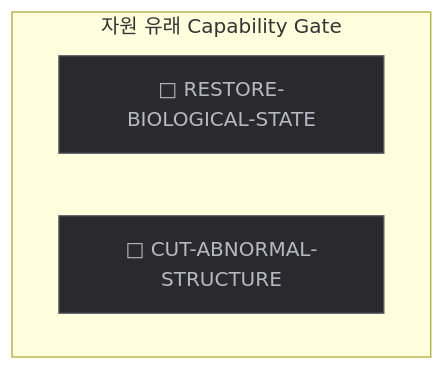
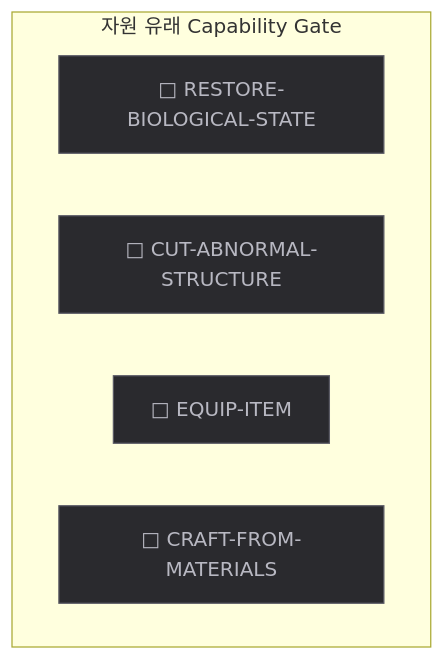
The fifth of 10 diagrams in HktAdvProtoH/content/proto-adventure/master/graph/GRAPH.md (dkwkekzz/HktFramework), drawn with Mermaid before and after one commit. The commit also changed other lines of this file and 12 other files, not shown here.

````diff
--- a/HktAdvProtoH/content/proto-adventure/master/graph/GRAPH.md
+++ b/HktAdvProtoH/content/proto-adventure/master/graph/GRAPH.md
@@ -274,15 +274,17 @@
 ```mermaid
 flowchart TB
   subgraph SEGBASE ["자원 유래 Capability Gate"]
     N0["□ RESTORE-BIOLOGICAL-STATE"]
     N1["□ CUT-ABNORMAL-STRUCTURE"]
+    N2["□ EQUIP-ITEM"]
+    N3["□ CRAFT-FROM-MATERIALS"]
   end
 
   classDef impl fill:#16351f,stroke:#3f8a52,color:#d8f2df;
   classDef part fill:#3a3315,stroke:#9a8a2e,color:#f2ecd0;
   classDef miss fill:#2a2a2e,stroke:#5c5c66,color:#b8b8c2;
   classDef implS fill:#16351f,stroke:#3f8a52,color:#d8f2df,stroke-dasharray:5 4;
   classDef partS fill:#3a3315,stroke:#9a8a2e,color:#f2ecd0,stroke-dasharray:5 4;
   classDef missS fill:#2a2a2e,stroke:#5c5c66,color:#b8b8c2,stroke-dasharray:5 4;
-  class N0,N1 miss;
+  class N0,N1,N2,N3 miss;
 ```
````
